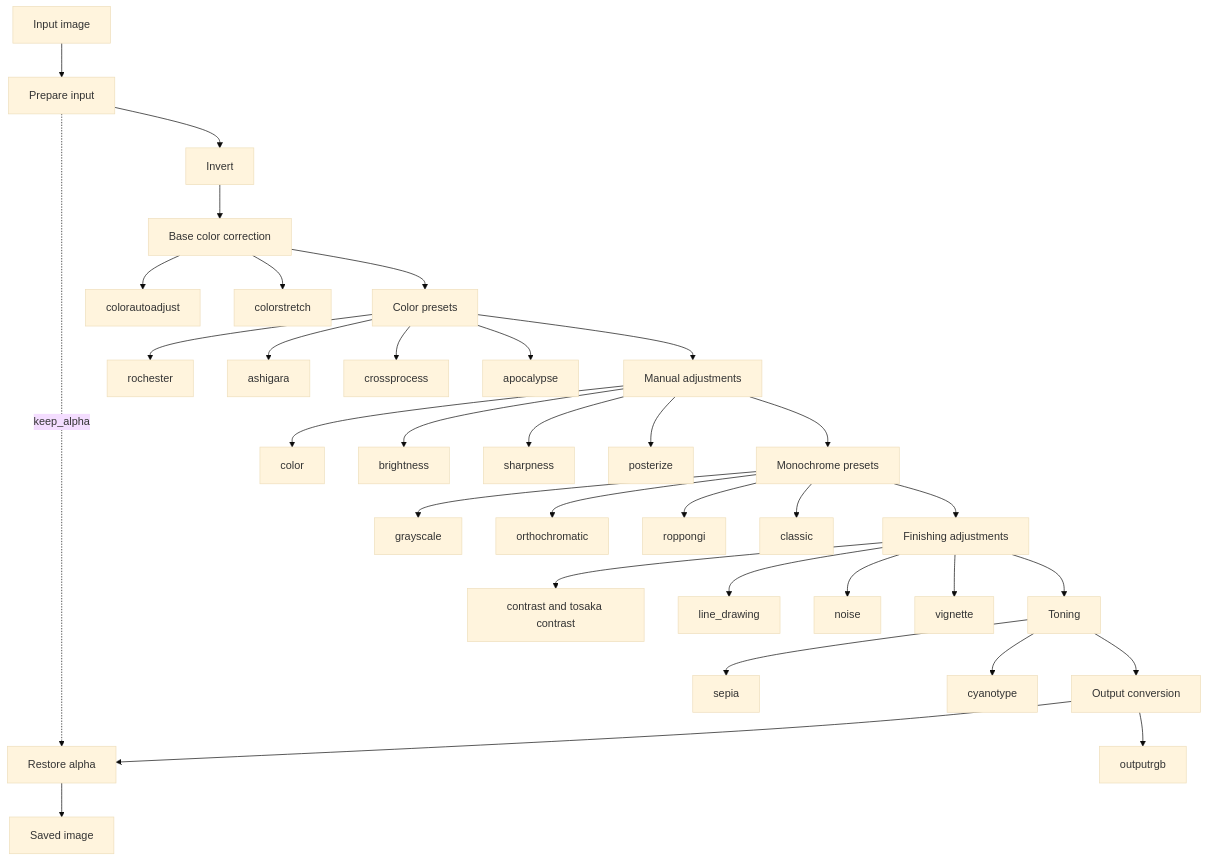
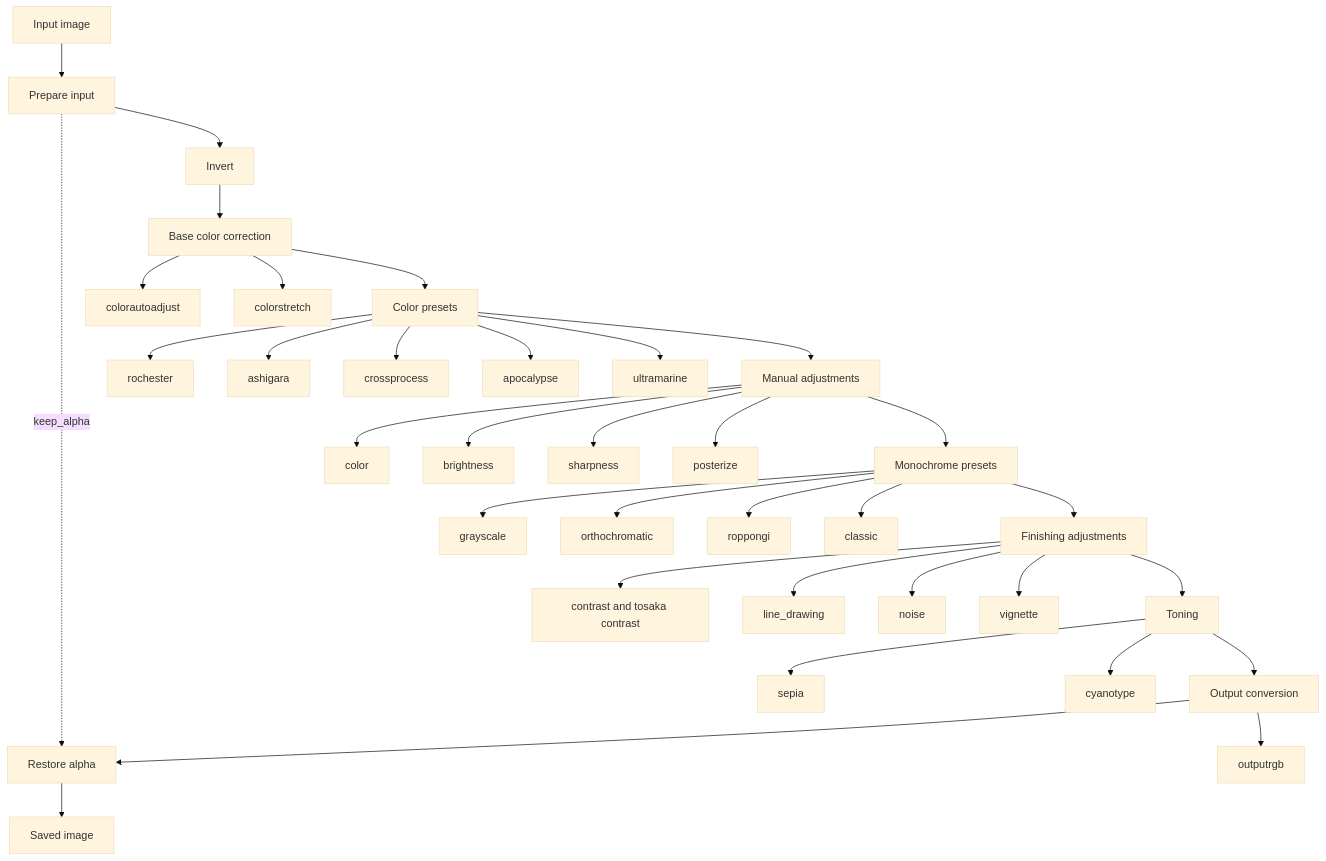
The diagram in README.md (huideyeren/anshitsu), drawn with Mermaid (base theme) before and after one commit. The commit also changed other lines of this file and 5 other files, not shown here.

````diff
--- a/README.md
+++ b/README.md
@@ -201,44 +205,45 @@
 ```mermaid
 flowchart TD
     input[Input image] --> alpha[Prepare input]
     alpha --> invert[Invert]
     invert --> correction[Base color correction]
     correction --> colorPresets[Color presets]
     colorPresets --> manual[Manual adjustments]
     manual --> monochrome[Monochrome presets]
     monochrome --> finishing[Finishing adjustments]
     finishing --> toning[Toning]
     toning --> output[Output conversion]
     output --> restoreAlpha[Restore alpha]
     restoreAlpha --> saved[Saved image]
 
     alpha -. keep_alpha .-> restoreAlpha
 
     correction --> caa[colorautoadjust]
     correction --> stretch[colorstretch]
 
     colorPresets --> rochester[rochester]
     colorPresets --> ashigara[ashigara]
     colorPresets --> crossprocess[crossprocess]
     colorPresets --> apocalypse[apocalypse]
+    colorPresets --> ultramarine[ultramarine]
 
     manual --> color[color]
     manual --> brightness[brightness]
     manual --> sharpness[sharpness]
     manual --> posterize[posterize]
 
     monochrome --> grayscale[grayscale]
     monochrome --> ortho[orthochromatic]
     monochrome --> roppongi[roppongi]
     monochrome --> classic[classic]
 
     finishing --> contrast[contrast and tosaka contrast]
     finishing --> lineDrawing[line_drawing]
     finishing --> noise[noise]
     finishing --> vignette[vignette]
 
     toning --> sepia[sepia]
     toning --> cyanotype[cyanotype]
 
     output --> outputrgb[outputrgb]
 ```
````
